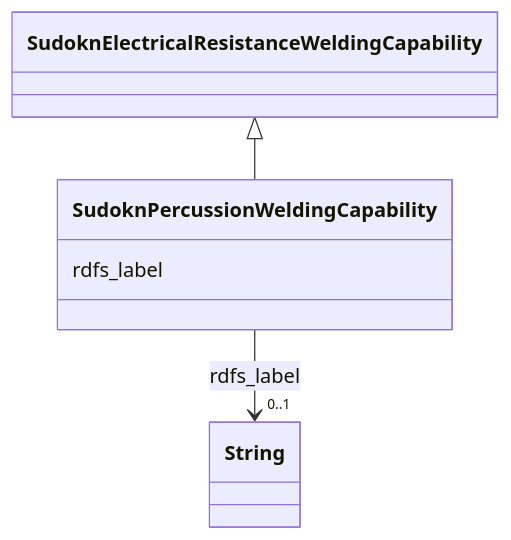
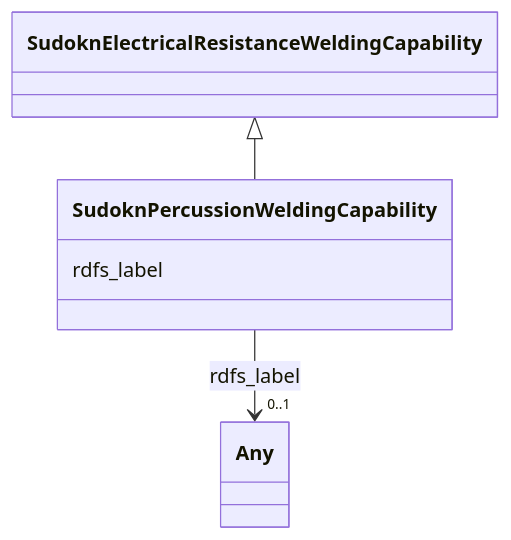
One commit to frink-okn/graph-descriptions changed the diagram in sudokn-kg/classes/SudoknPercussionWeldingCapability.md. Above: the diagram before and after it, drawn with Mermaid. The commit also changed other lines of this file and 903 other files, not shown here.

````diff
--- a/sudokn-kg/classes/SudoknPercussionWeldingCapability.md
+++ b/sudokn-kg/classes/SudoknPercussionWeldingCapability.md
@@ -23,18 +16,18 @@
 ```mermaid
  classDiagram
     class SudoknPercussionWeldingCapability
     click SudoknPercussionWeldingCapability href "../SudoknPercussionWeldingCapability"
       SudoknElectricalResistanceWeldingCapability <|-- SudoknPercussionWeldingCapability
         click SudoknElectricalResistanceWeldingCapability href "../SudoknElectricalResistanceWeldingCapability"
       
       SudoknPercussionWeldingCapability : rdfs_label
         
           
     
     
-    SudoknPercussionWeldingCapability --> "0..1" String : rdfs_label
-    click String href "../String"
+    SudoknPercussionWeldingCapability --> "0..1" Any : rdfs_label
+    click Any href "../Any"
 
         
       
 ```
````
